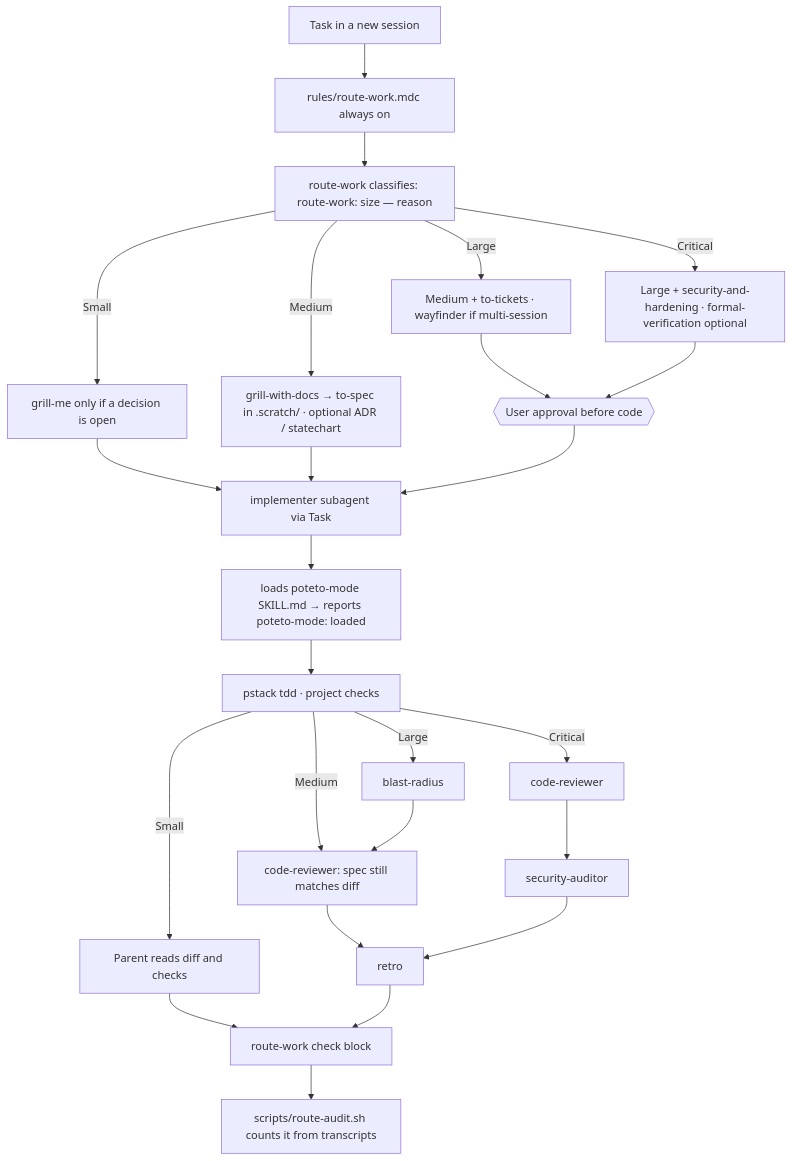
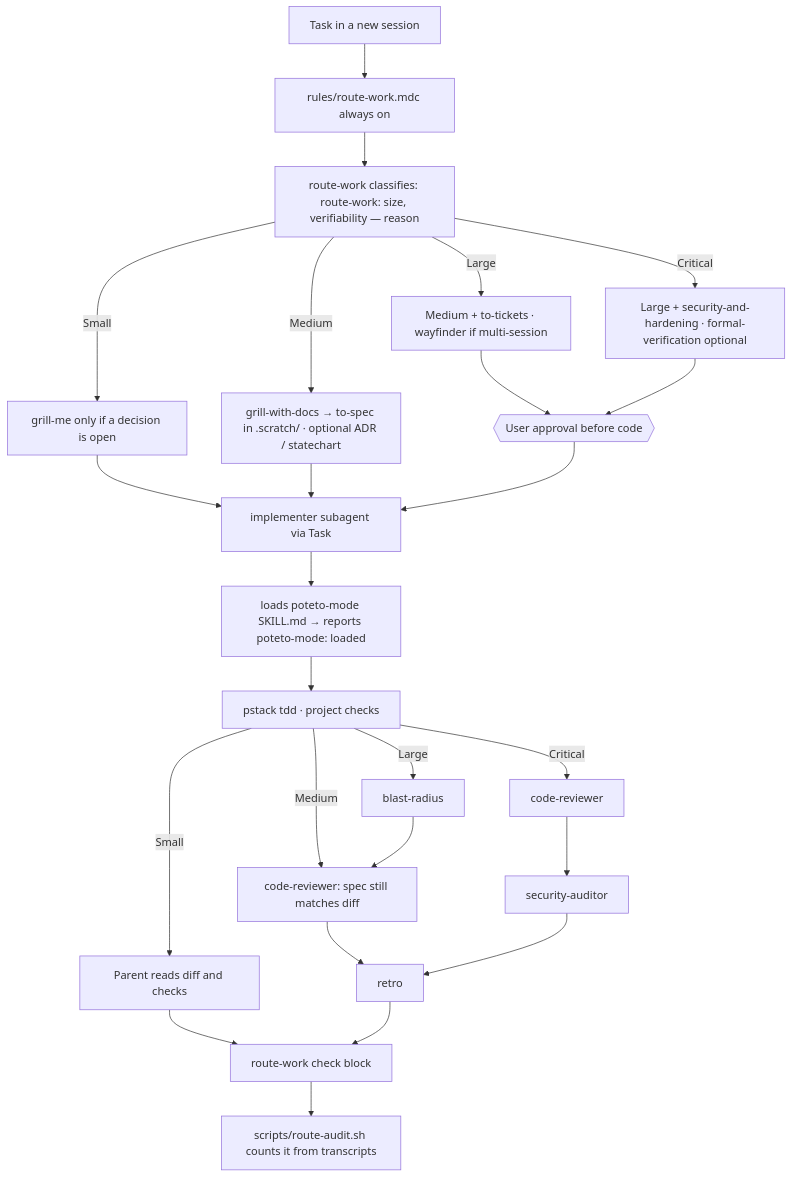
Before and after one commit to Byevenes/agent-workflow: the diagram in docs/software-factory.md, drawn with Mermaid. The commit also changed 3 other files, not shown here.

Commit message:
feat(route-work): record task verifiability

````diff
--- a/docs/software-factory.md
+++ b/docs/software-factory.md
@@ -5,25 +5,25 @@
 ```mermaid
 flowchart TD
   task[Task in a new session] --> rule[rules/route-work.mdc always on]
-  rule --> rw[route-work classifies: route-work: size — reason]
+  rule --> rw[route-work classifies: route-work: size, verifiability — reason]
   rw -->|Small| sPlan[grill-me only if a decision is open]
   rw -->|Medium| mPlan[grill-with-docs → to-spec in .scratch/ · optional ADR / statechart]
   rw -->|Large| lPlan[Medium + to-tickets · wayfinder if multi-session]
   rw -->|Critical| cPlan[Large + security-and-hardening · formal-verification optional]
   lPlan --> gate{{User approval before code}}
   cPlan --> gate
   sPlan --> impl
   mPlan --> impl
   gate --> impl[implementer subagent via Task]
   impl --> pm[loads poteto-mode SKILL.md → reports poteto-mode: loaded]
   pm --> tdd[pstack tdd · project checks]
   tdd -->|Small| done[Parent reads diff and checks]
   tdd -->|Medium| cr[code-reviewer: spec still matches diff]
   tdd -->|Large| br[blast-radius] --> cr
   tdd -->|Critical| cr2[code-reviewer] --> sa[security-auditor]
   cr --> retro[retro]
   sa --> retro
   done --> check[route-work check block]
   retro --> check
   check --> audit[scripts/route-audit.sh counts it from transcripts]
 ```
````
